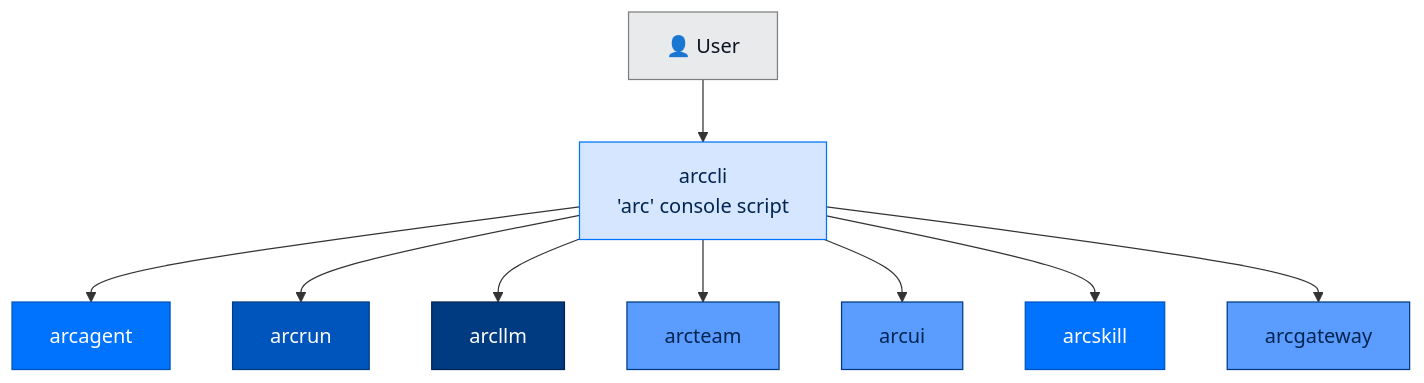
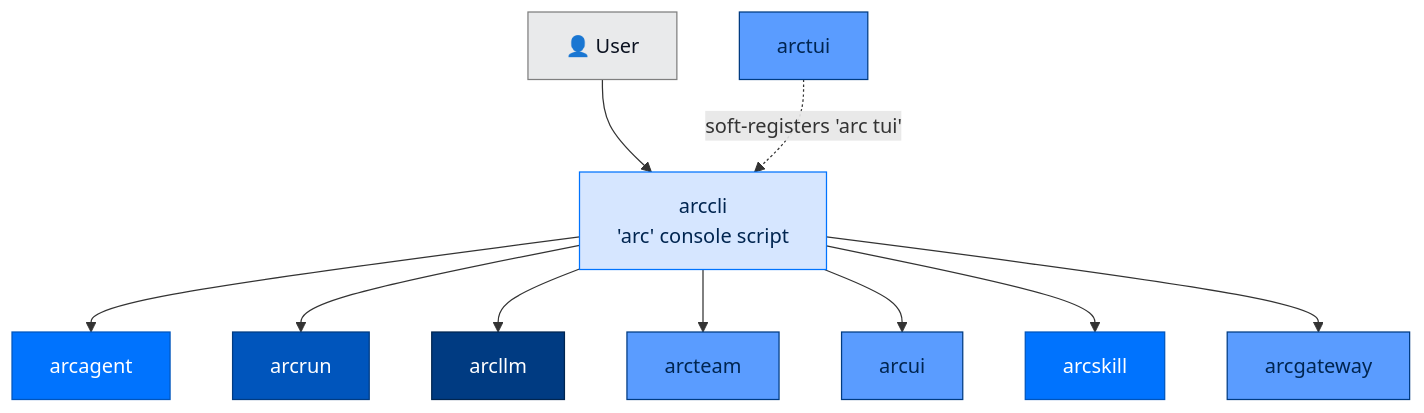
The diagram in packages/arccli/README.md (joshuamschultz/Arc), drawn with Mermaid before and after one commit. The commit also changed other lines of this file and 45 other files, not shown here.

````diff
--- a/packages/arccli/README.md
+++ b/packages/arccli/README.md
@@ -29,18 +29,19 @@
 ```mermaid
 flowchart TB
     classDef entry fill:#D6E6FF,stroke:#0073FE,color:#002550
     classDef agent fill:#0073FE,stroke:#0055BC,color:#FFFFFF
     classDef runtime fill:#0055BC,stroke:#003B82,color:#FFFFFF
     classDef llm fill:#003B82,stroke:#002550,color:#FFFFFF
     classDef surface fill:#5A9CFF,stroke:#003B82,color:#002550
     classDef other fill:#E9EAEB,stroke:#7F7F7F,color:#0B1220
 
     User[👤 User]:::other --> arccli
     arccli[arccli<br/>'arc' console script]:::entry --> arcagent[arcagent]:::agent
     arccli --> arcrun[arcrun]:::runtime
     arccli --> arcllm[arcllm]:::llm
     arccli --> arcteam[arcteam]:::surface
     arccli --> arcui[arcui]:::surface
     arccli --> arcskill[arcskill]:::agent
     arccli --> arcgateway[arcgateway]:::surface
+    arctui[arctui]:::surface -.soft-registers 'arc tui'.-> arccli
 ```
````
